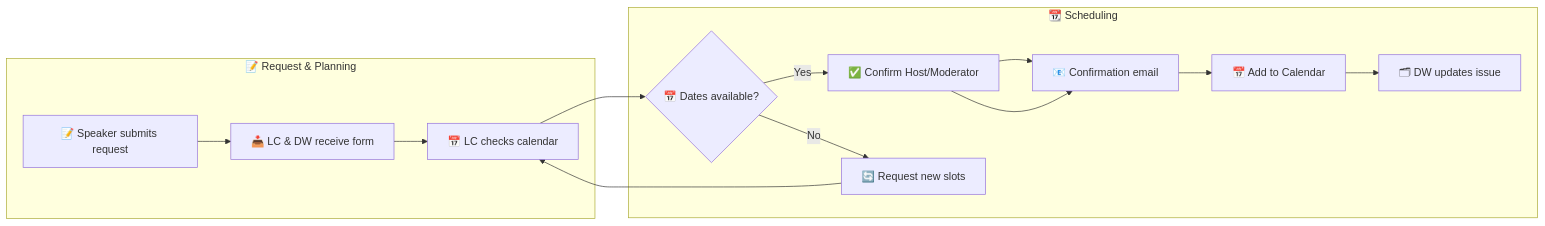
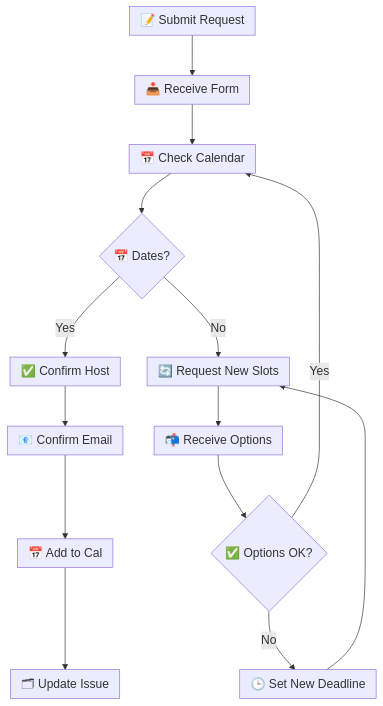
Before and after one commit to CBID2/VC-Community-Docs: the diagram in docs/lunch-and-learns/process-docs.md, drawn with Mermaid. The commit also changed 6 other files, not shown here.

````diff
--- a/docs/lunch-and-learns/process-docs.md
+++ b/docs/lunch-and-learns/process-docs.md
@@ -86,24 +88,17 @@
 ```mermaid
-flowchart LR
-  %% Request & Planning
-  subgraph A[📝 Request & Planning]
-    A1[📝 Speaker submits request] --> A2[📥 LC & DW receive form]
-    A2 --> A3[📅 LC checks calendar]
-  end
-
-  %% Scheduling
-  subgraph B[📆 Scheduling]
-    B1{📅 Dates available?}
-    B1 -->|Yes| B2[✅ Confirm Host/Moderator]
-    B1 -->|No| B3[🔄 Request new slots]
-    B2 --> B4[📧 Confirmation email]
-    B4 --> B5[📅 Add to Calendar]
-    B5 --> B6[🗂 DW updates issue]
-  end
-
-  %% Flow
-  A3 --> B1
-  B2 --> B4
-  B3 --> A3
-  B6
+%%{init: { "themeVariables": { "fontSize": "18px" }, "flowchart": { "nodeSpacing": 40, "rankSpacing": 60, "padding": 8, "htmlLabels": true } } }%%
+flowchart TB
+  A1[📝 Submit Request] --> A2[📥 Receive Form]
+  A2 --> A3[📅 Check Calendar]
+  A3 --> B1{📅 Dates?}
+  B1 -- Yes --> B2[✅ Confirm Host]
+  B2 --> B3[📧 Confirm Email]
+  B3 --> B4[📅 Add to Cal]
+  B4 --> B5[🗂 Update Issue]
+  B1 -- No --> C1[🔄 Request New Slots]
+  C1 --> C2[📬 Receive Options]
+  C2 --> D1{✅ Options OK?}
+  D1 -- Yes --> A3
+  D1 -- No --> C3[🕒 Set New Deadline]
+  C3 --> C1
 ```
````
